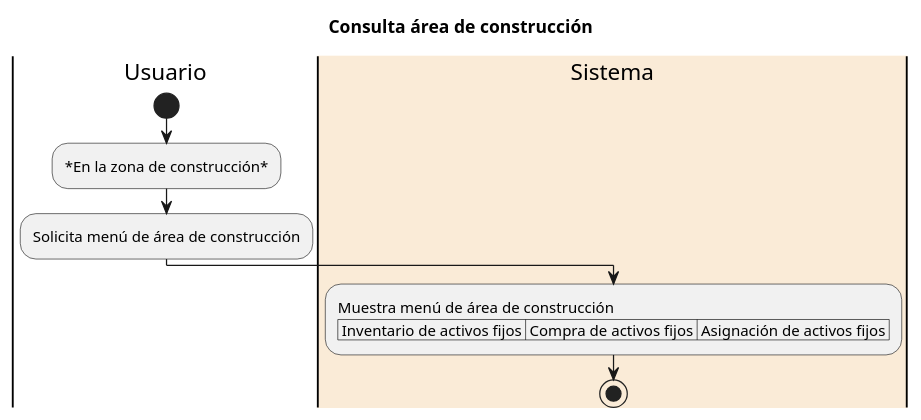
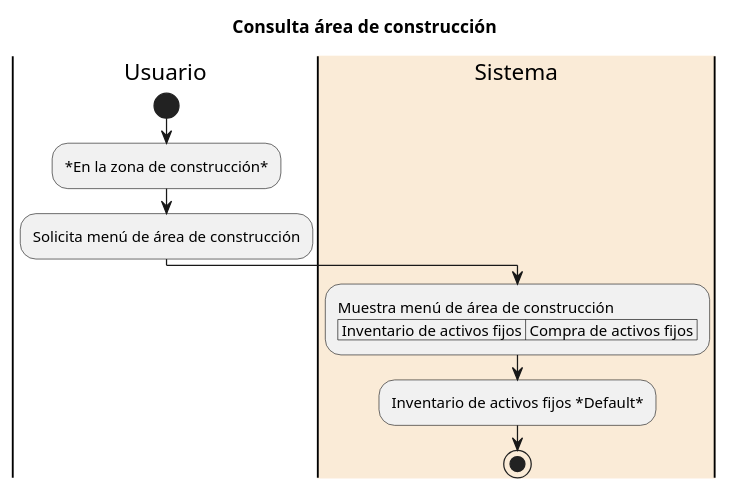
The diagram in diagrams/19_Simulacion/33_consulta_area_construccion.puml (SALV19/NOVUS_MXREP_Roblox), drawn with PlantUML before and after one commit. The commit also changed 7 other files, not shown here.

```diff
--- a/diagrams/19_Simulacion/33_consulta_area_construccion.puml
+++ b/diagrams/19_Simulacion/33_consulta_area_construccion.puml
@@ -1,15 +1,16 @@
 @startuml Consulta área de construcción
 title Consulta área de construcción
 
 |Usuario|
 start
 :*En la zona de construcción*;
 :Solicita menú de área de construcción;
 
 |#AntiqueWhite|Sistema|
 :Muestra menú de área de construcción\
-\n| Inventario de activos fijos | Compra de activos fijos | Asignación de activos fijos |;
+\n| Inventario de activos fijos | Compra de activos fijos |;
+:Inventario de activos fijos *Default*;
 
 stop
 
 @enduml
```
